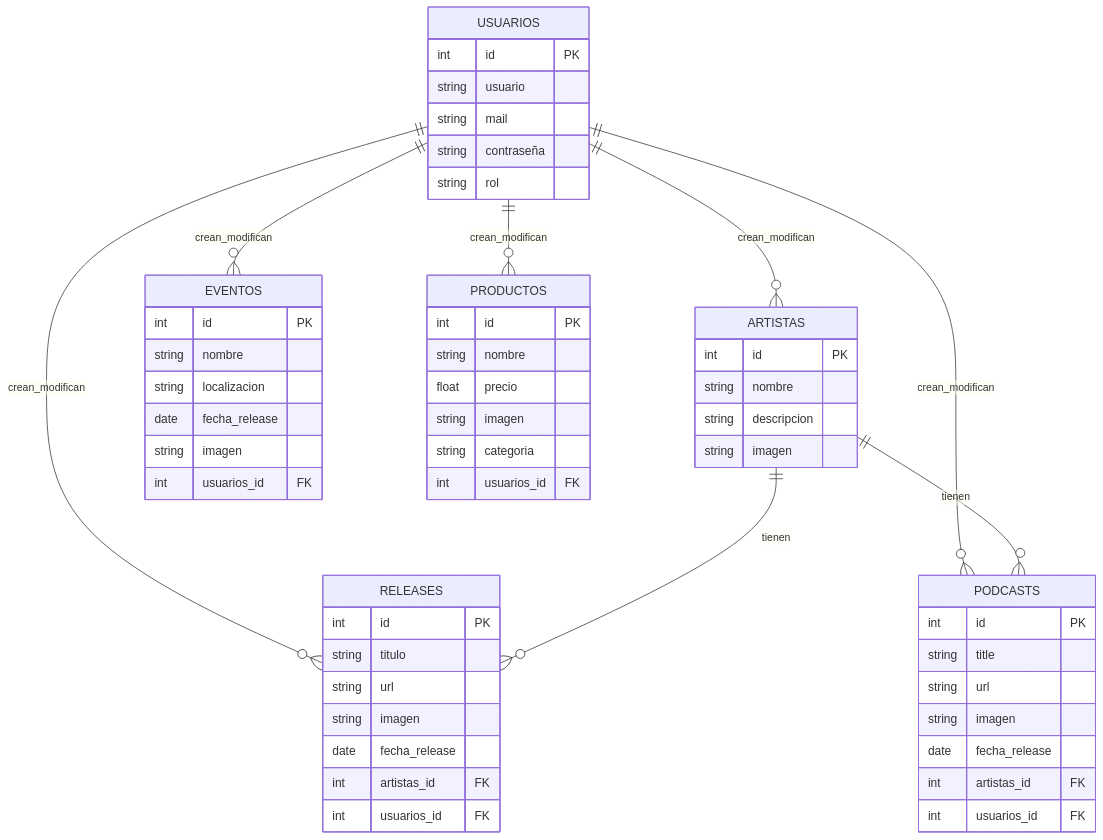
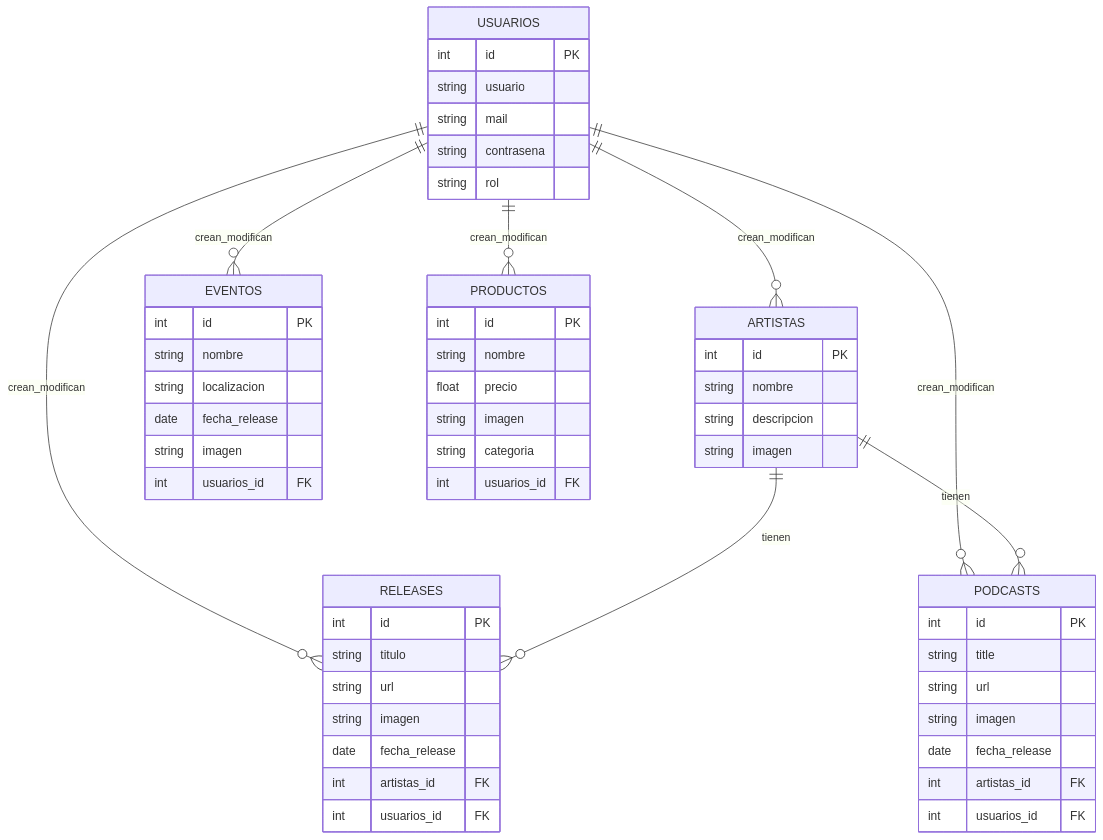
Before and after one commit to JavierFernandezPampin/ProyectoSynthgroove: the diagram in doc/templates/3_deseno.md, drawn with Mermaid.

Commit message:
Update file 3_deseno.md

````diff
--- a/doc/templates/3_deseno.md
+++ b/doc/templates/3_deseno.md
@@ -16,65 +16,65 @@
 ```mermaid
 erDiagram
 
 ARTISTAS {
     int id PK
     string nombre
     string descripcion
     string imagen
 }
 
 RELEASES {
     int id PK
     string titulo
     string url
     string imagen
     date fecha_release
     int artistas_id FK
     int usuarios_id FK
 }
 
 PODCASTS {
     int id PK
     string title
     string url
     string imagen
     date fecha_release
     int artistas_id FK
     int usuarios_id FK
 }
 
 EVENTOS {
     int id PK
     string nombre
     string localizacion
     date fecha_release
     string imagen
     int usuarios_id FK
 }
 
 PRODUCTOS {
     int id PK
     string nombre
     float precio
     string imagen
     string categoria
     int usuarios_id FK
 }
 
 USUARIOS {
     int id PK
     string usuario
     string mail
-    string contraseña
+    string contrasena
     string rol
 }
 
 USUARIOS ||--o{ ARTISTAS : crean_modifican
 USUARIOS ||--o{ RELEASES : crean_modifican
 USUARIOS ||--o{ PODCASTS : crean_modifican
 USUARIOS ||--o{ EVENTOS : crean_modifican
 USUARIOS ||--o{ PRODUCTOS : crean_modifican
 ARTISTAS ||--o{ RELEASES : tienen
 ARTISTAS ||--o{ PODCASTS : tienen
 
 ```
````
